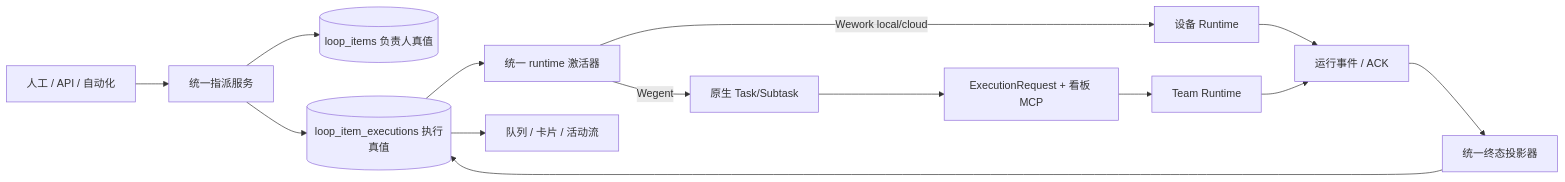
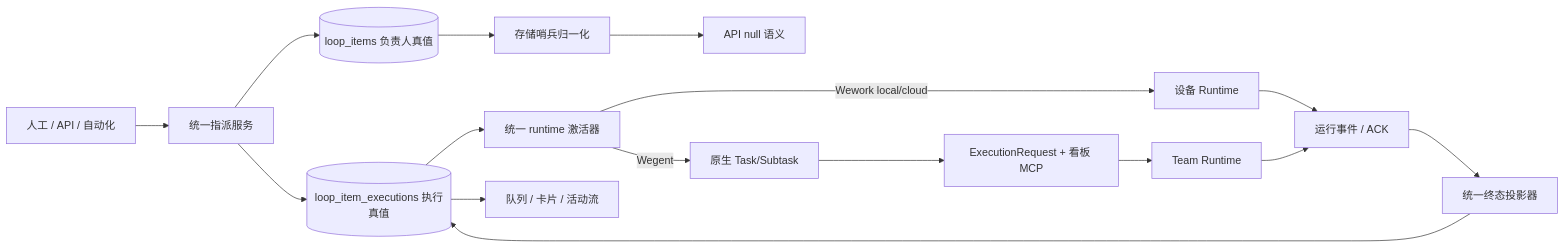
The first of 2 diagrams in docs/zh/architecture/board-automation.md (wecode-ai/Wegent), drawn with Mermaid before and after one commit. The commit also changed other lines of this file and 6 other files, not shown here.

````diff
--- a/docs/zh/architecture/board-automation.md
+++ b/docs/zh/architecture/board-automation.md
@@ -9,16 +9,18 @@
 ```mermaid
 flowchart LR
     ENTRY[人工 / API / 自动化] --> ASSIGN[统一指派服务]
     ASSIGN --> ITEM[(loop_items 负责人真值)]
+    ITEM --> NORMALIZE[存储哨兵归一化]
+    NORMALIZE --> API[API null 语义]
     ASSIGN --> EXEC[(loop_item_executions 执行真值)]
     EXEC --> ACTIVATE[统一 runtime 激活器]
     ACTIVATE -->|Wework local/cloud| DEVICE[设备 Runtime]
     ACTIVATE -->|Wegent| TASK[原生 Task/Subtask]
     TASK --> REQUEST[ExecutionRequest + 看板 MCP]
     REQUEST --> TEAM[Team Runtime]
     DEVICE --> EVENT[运行事件 / ACK]
     TEAM --> EVENT
     EVENT --> PROJECT[统一终态投影器]
     PROJECT --> EXEC
     EXEC --> VIEW[队列 / 卡片 / 活动流]
 ```
````
